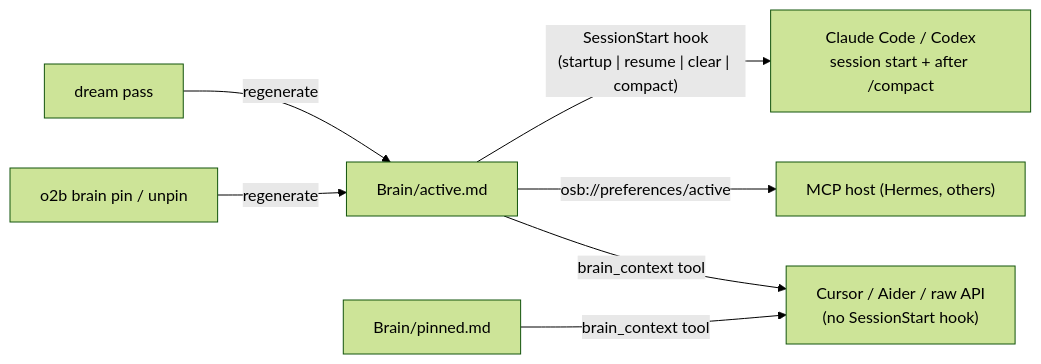
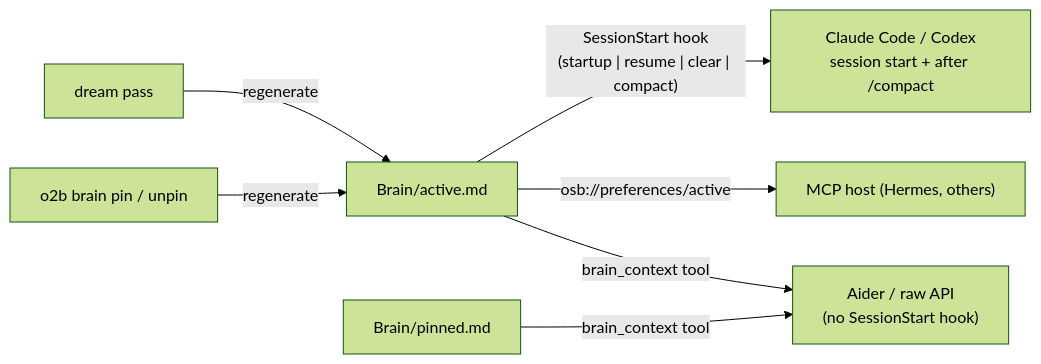
Before and after one commit to itechmeat/open-second-brain: the seventh of 13 diagrams in docs/how-it-works.md, drawn with Mermaid (forest theme). The commit also changed other lines of this file and 16 other files, not shown here.

````diff
--- a/docs/how-it-works.md
+++ b/docs/how-it-works.md
@@ -503,9 +503,9 @@
 ```mermaid
 flowchart LR
     Dream[dream pass] -- regenerate --> Active[Brain/active.md]
     Pin[o2b brain pin / unpin] -- regenerate --> Active
     Active -- "SessionStart hook<br/>(startup | resume | clear | compact)" --> ClaudeStart["Claude Code / Codex<br/>session start + after /compact"]
     Active -- "osb://preferences/active" --> MCPHost["MCP host (Hermes, others)"]
-    Active -- "brain_context tool" --> PullRT["Cursor / Aider / raw API<br/>(no SessionStart hook)"]
+    Active -- "brain_context tool" --> PullRT["Aider / raw API<br/>(no SessionStart hook)"]
     Pinned[Brain/pinned.md] -- "brain_context tool" --> PullRT
 ```
````
